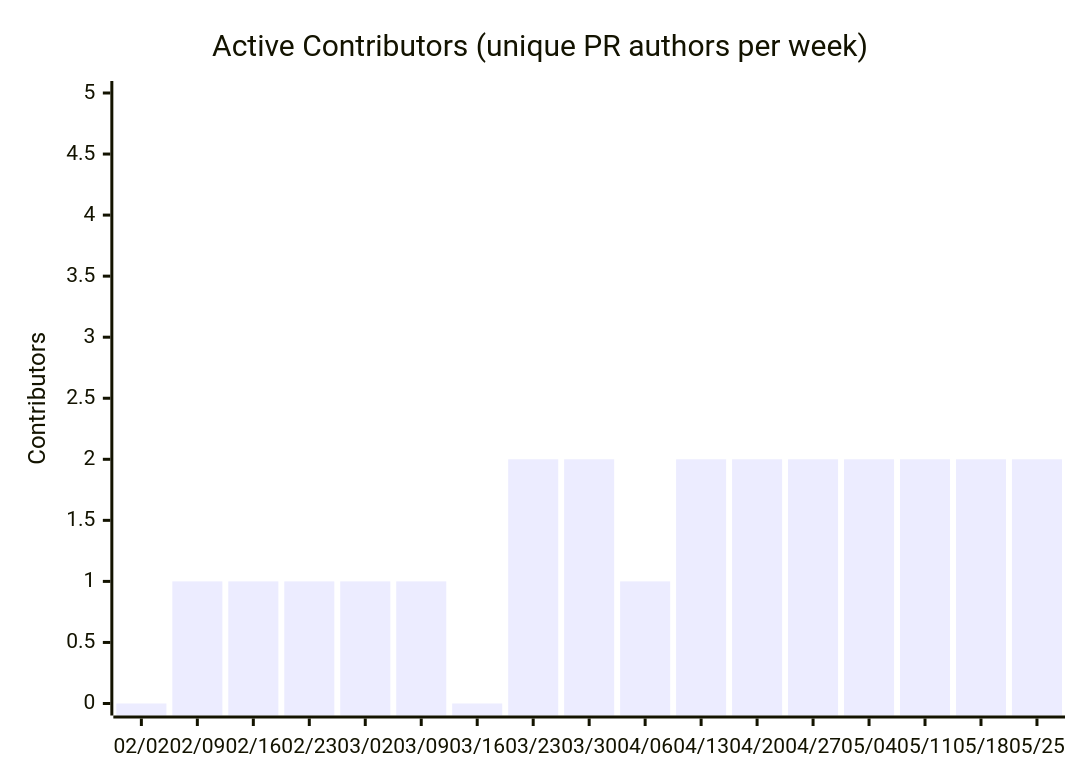
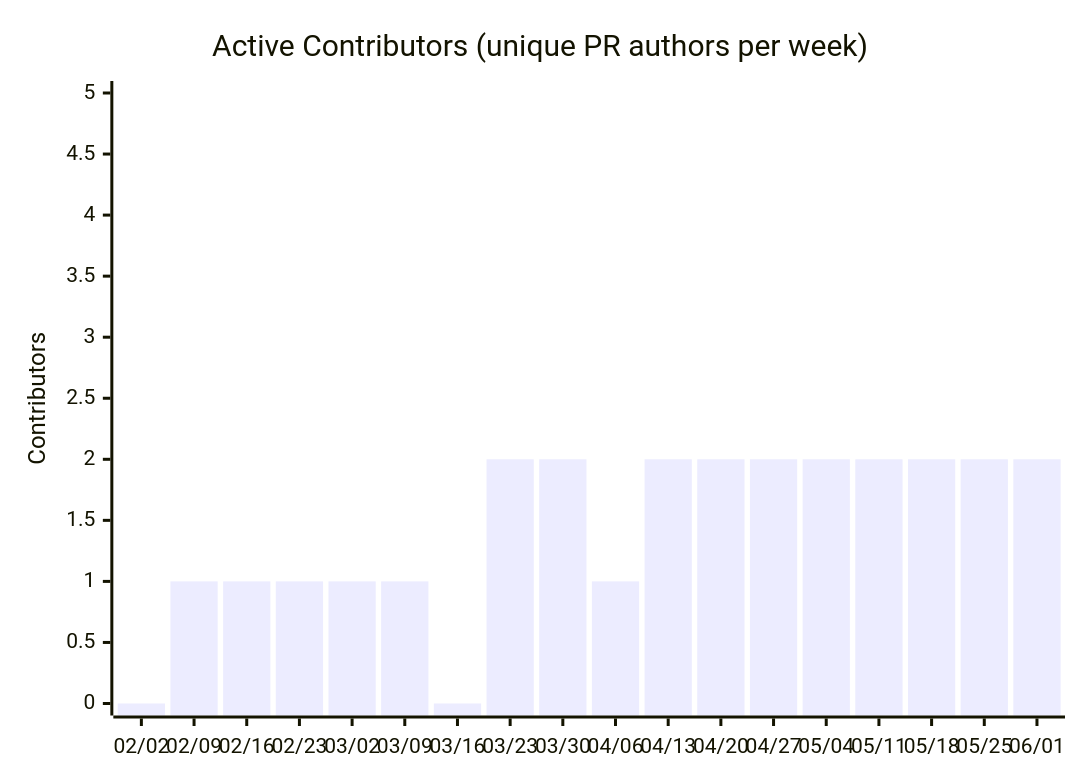
The seventh of 14 diagrams in docs/metrics.md (nablarch/nabledge-dev), drawn with Mermaid before and after one commit. The commit also changed other lines of this file and 2 other files, not shown here.

````diff
--- a/docs/metrics.md
+++ b/docs/metrics.md
@@ -109,7 +109,7 @@
 ```mermaid
 xychart-beta
   title "Active Contributors (unique PR authors per week)"
-  x-axis ["02/02", "02/09", "02/16", "02/23", "03/02", "03/09", "03/16", "03/23", "03/30", "04/06", "04/13", "04/20", "04/27", "05/04", "05/11", "05/18", "05/25"]
+  x-axis ["02/02", "02/09", "02/16", "02/23", "03/02", "03/09", "03/16", "03/23", "03/30", "04/06", "04/13", "04/20", "04/27", "05/04", "05/11", "05/18", "05/25", "06/01"]
   y-axis "Contributors" 0 --> 5
-  bar [0, 1, 1, 1, 1, 1, 0, 2, 2, 1, 2, 2, 2, 2, 2, 2, 2]
+  bar [0, 1, 1, 1, 1, 1, 0, 2, 2, 1, 2, 2, 2, 2, 2, 2, 2, 2]
 ```
````
